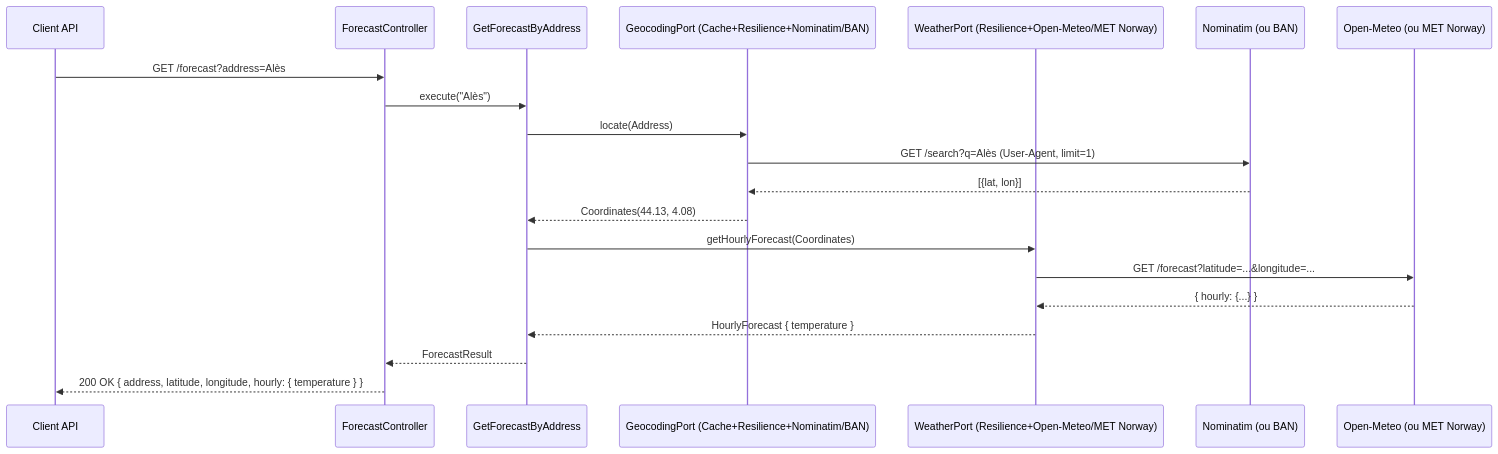
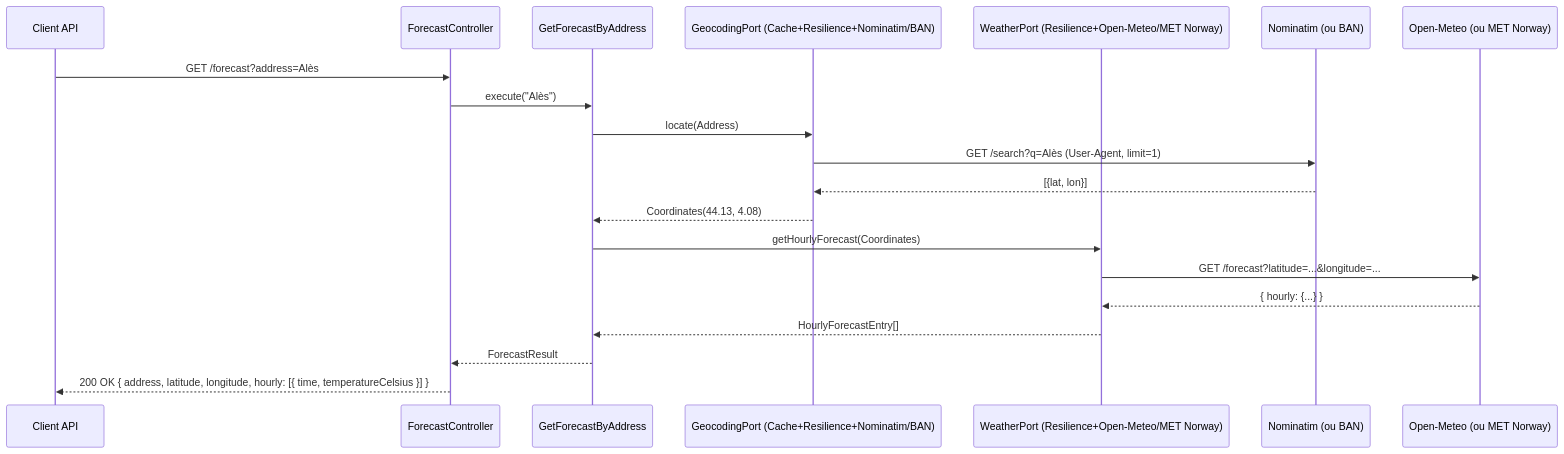
Before and after one commit to mesropaghumyan/9-3-1-GDRM-TP: the third of 3 diagrams in docs/STD.md, drawn with Mermaid. The commit also changed other lines of this file and 25 other files, not shown here.

````diff
--- a/docs/STD.md
+++ b/docs/STD.md
@@ -766,23 +887,23 @@
 ```mermaid
 sequenceDiagram
     participant C as Client API
     participant API as ForecastController
     participant UC as GetForecastByAddress
     participant GEO as GeocodingPort (Cache+Resilience+Nominatim/BAN)
     participant MET as WeatherPort (Resilience+Open-Meteo/MET Norway)
     participant NOM as Nominatim (ou BAN)
     participant OM as Open-Meteo (ou MET Norway)
 
     C->>API: GET /forecast?address=Alès
     API->>UC: execute("Alès")
     UC->>GEO: locate(Address)
     GEO->>NOM: GET /search?q=Alès (User-Agent, limit=1)
     NOM-->>GEO: [{lat, lon}]
     GEO-->>UC: Coordinates(44.13, 4.08)
     UC->>MET: getHourlyForecast(Coordinates)
     MET->>OM: GET /forecast?latitude=...&longitude=...
     OM-->>MET: { hourly: {...} }
-    MET-->>UC: HourlyForecast { temperature }
+    MET-->>UC: HourlyForecastEntry[]
     UC-->>API: ForecastResult
-    API-->>C: 200 OK { address, latitude, longitude, hourly: { temperature } }
+    API-->>C: 200 OK { address, latitude, longitude, hourly: [{ time, temperatureCelsius }] }
 ```
````
